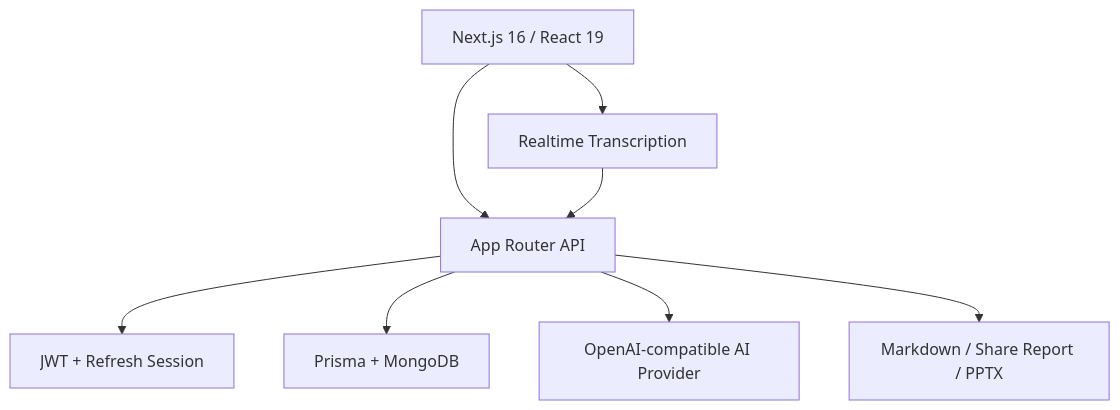
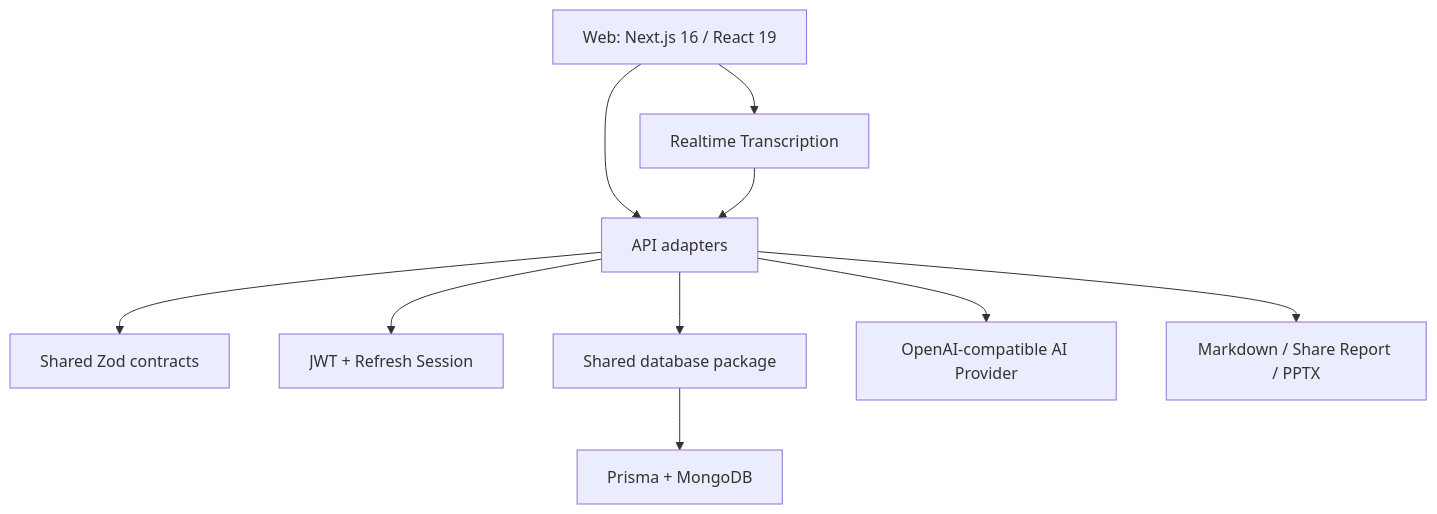
Before and after one commit to xiaozhang121xz/interview-lens: the second of 2 diagrams in README.md, drawn with Mermaid. The commit also changed other lines of this file and 30 other files, not shown here.

Commit message:
chore: establish monorepo architecture foundation

````diff
--- a/README.md
+++ b/README.md
@@ -109,10 +109,12 @@
 ```mermaid
 flowchart TB
-    UI[Next.js 16 / React 19] --> API[App Router API]
+    UI[Web: Next.js 16 / React 19] --> API[API adapters]
+    API --> CONTRACTS[Shared Zod contracts]
     API --> AUTH[JWT + Refresh Session]
-    API --> DB[Prisma + MongoDB]
+    API --> DB[Shared database package]
+    DB --> MONGO[Prisma + MongoDB]
     API --> AI[OpenAI-compatible AI Provider]
     UI --> RT[Realtime Transcription]
     RT --> API
     API --> REPORT[Markdown / Share Report / PPTX]
 ```
````
